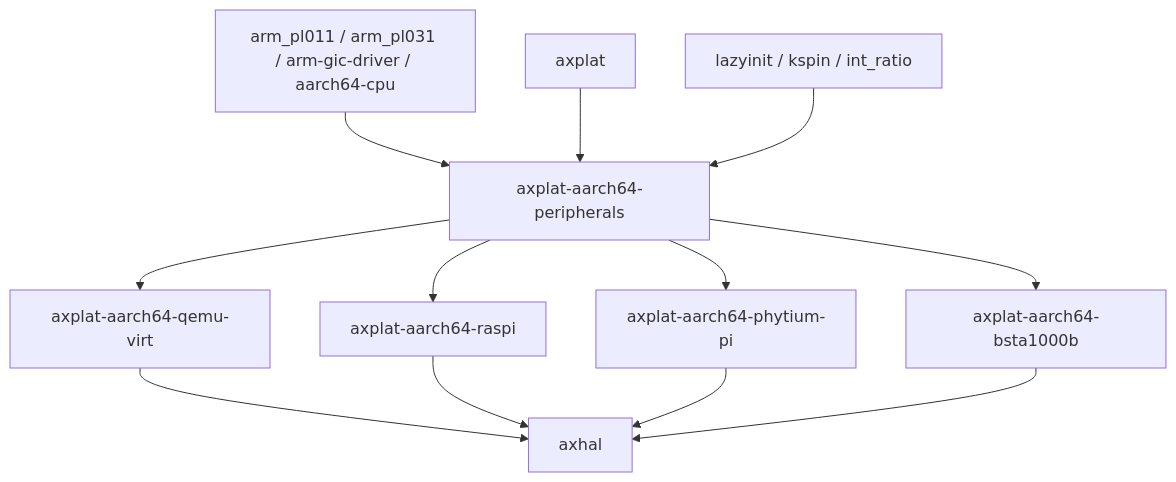
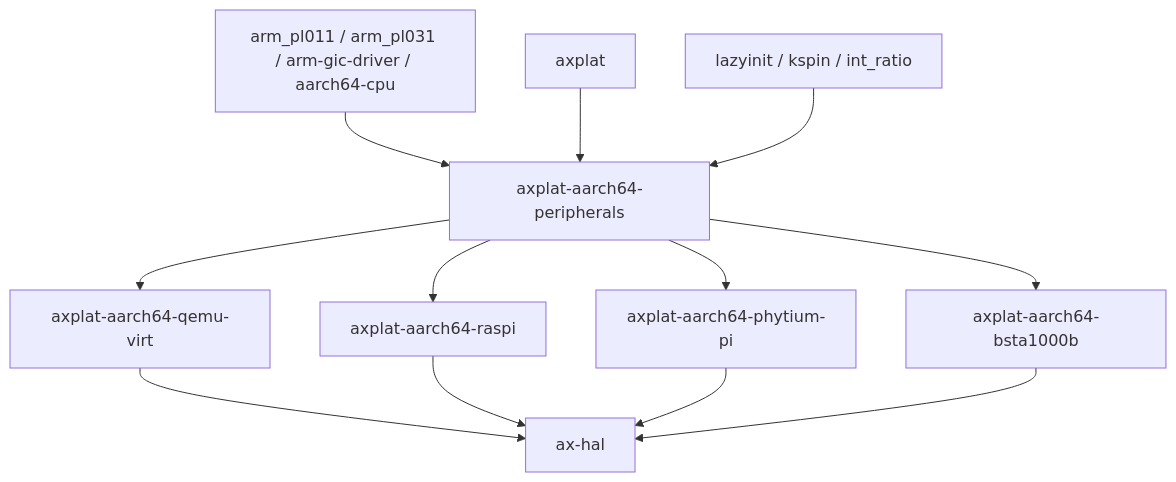
Before and after one commit to zKurisu/tgoskits: the second of 2 diagrams in docs/crates/axplat-aarch64-peripherals.md, drawn with Mermaid. The commit also changed other lines of this file and 158 other files, not shown here.

Commit message:
rename axhal to ax-hal

````diff
--- a/docs/crates/axplat-aarch64-peripherals.md
+++ b/docs/crates/axplat-aarch64-peripherals.md
@@ -180,15 +180,15 @@
 ```mermaid
 graph TD
     A[arm_pl011 / arm_pl031 / arm-gic-driver / aarch64-cpu] --> B[axplat-aarch64-peripherals]
     C[axplat] --> B
     D[lazyinit / kspin / int_ratio] --> B
 
     B --> E[axplat-aarch64-qemu-virt]
     B --> F[axplat-aarch64-raspi]
     B --> G[axplat-aarch64-phytium-pi]
     B --> H[axplat-aarch64-bsta1000b]
-    E --> I[axhal]
+    E --> I[ax-hal]
     F --> I
     G --> I
     H --> I
 ```
````
